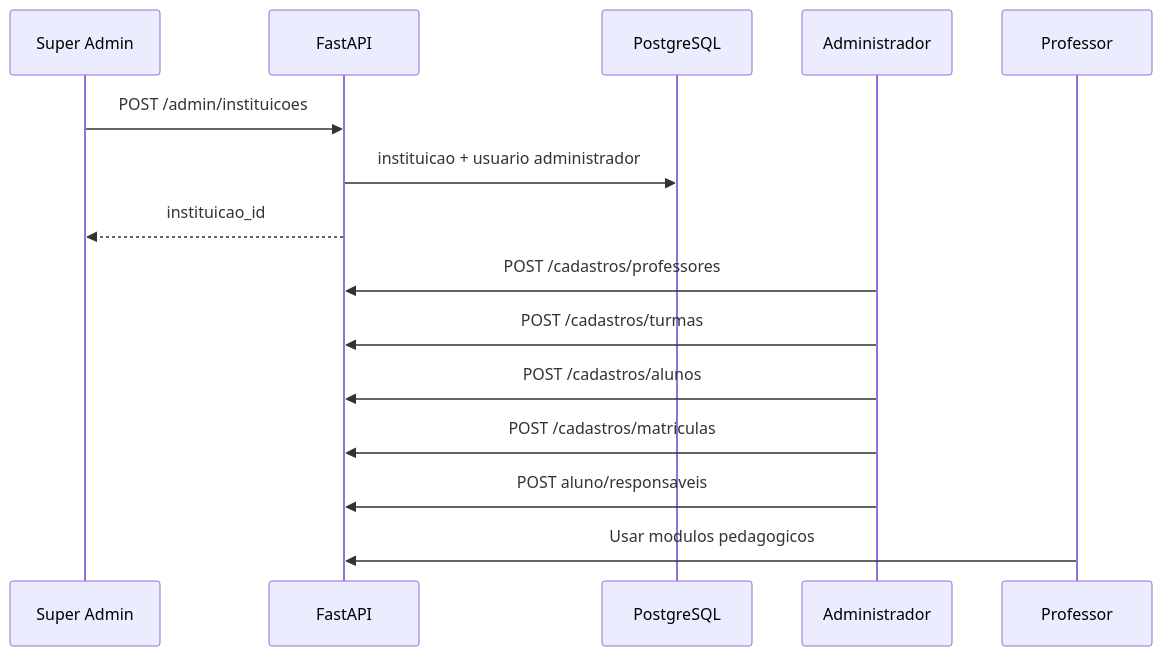
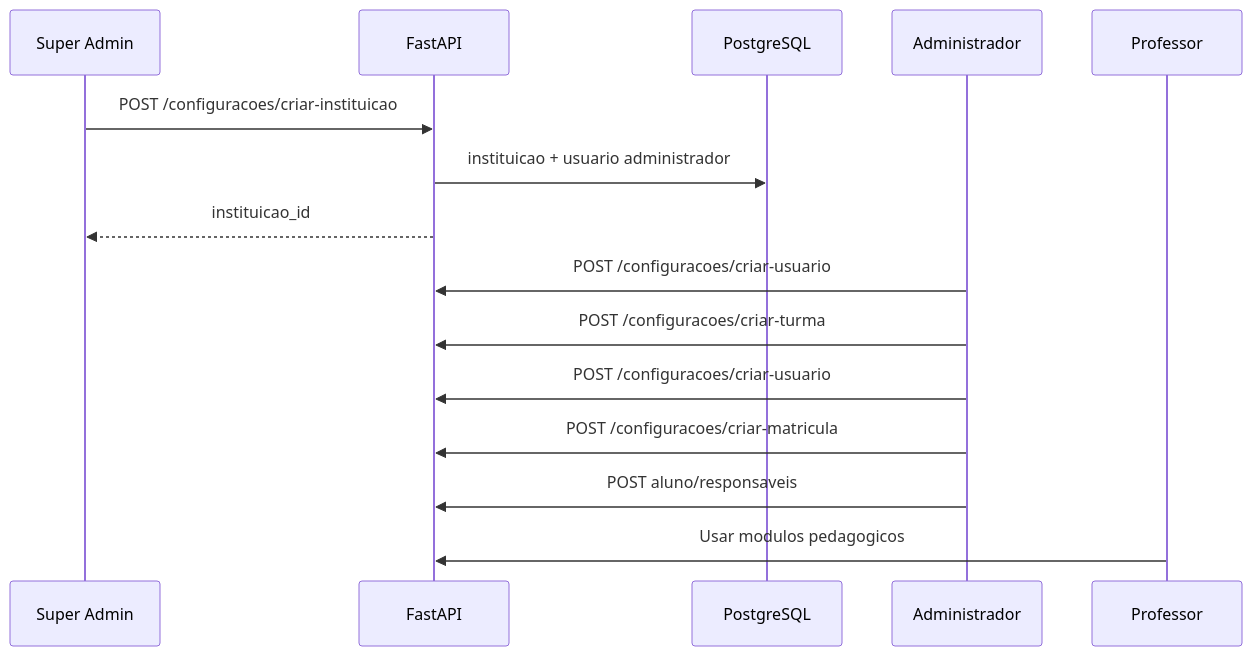
Before and after one commit to JoaoViniciusDF/edu-saas: the diagram in Docs/08-configuracoes-sistema.md, drawn with Mermaid. The commit also changed other lines of this file and 66 other files, not shown here.

````diff
--- a/Docs/08-configuracoes-sistema.md
+++ b/Docs/08-configuracoes-sistema.md
@@ -11,17 +11,17 @@
 ```mermaid
 sequenceDiagram
   participant SA as Super Admin
   participant API as FastAPI
   participant DB as PostgreSQL
   participant ADM as Administrador
   participant PRF as Professor
-  SA->>API: POST /admin/instituicoes
+  SA->>API: POST /configuracoes/criar-instituicao
   API->>DB: instituicao + usuario administrador
   API-->>SA: instituicao_id
-  ADM->>API: POST /cadastros/professores
-  ADM->>API: POST /cadastros/turmas
-  ADM->>API: POST /cadastros/alunos
-  ADM->>API: POST /cadastros/matriculas
+  ADM->>API: POST /configuracoes/criar-usuario
+  ADM->>API: POST /configuracoes/criar-turma
+  ADM->>API: POST /configuracoes/criar-usuario
+  ADM->>API: POST /configuracoes/criar-matricula
   ADM->>API: POST aluno/responsaveis
   PRF->>API: Usar modulos pedagogicos
 ```
````
